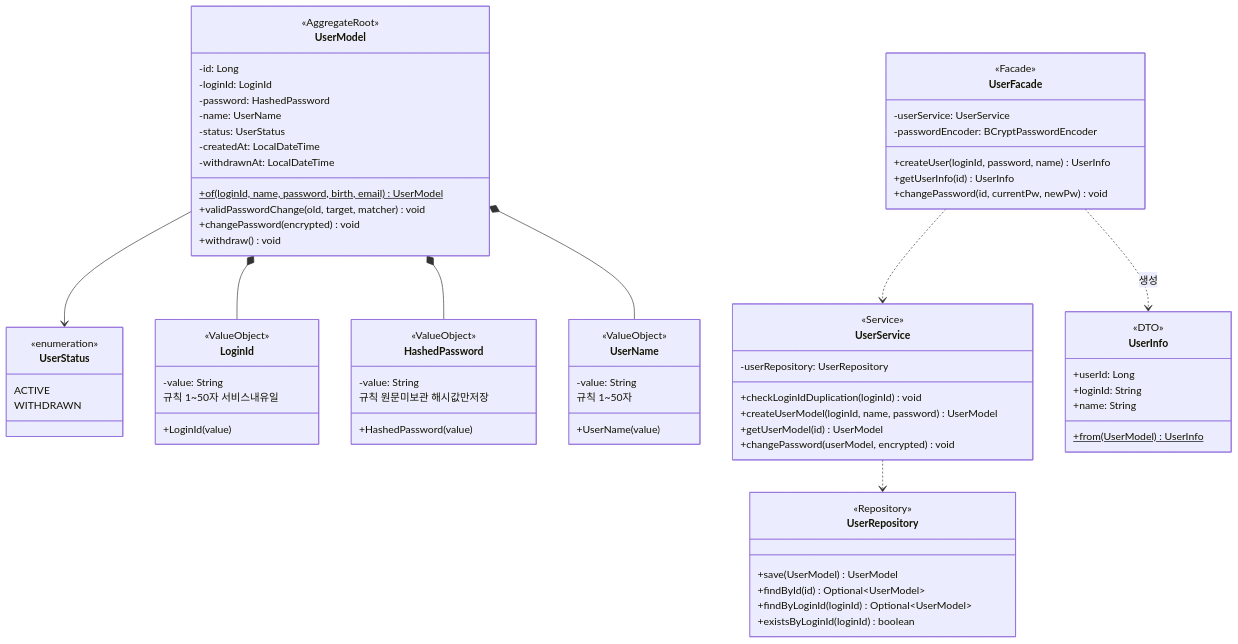
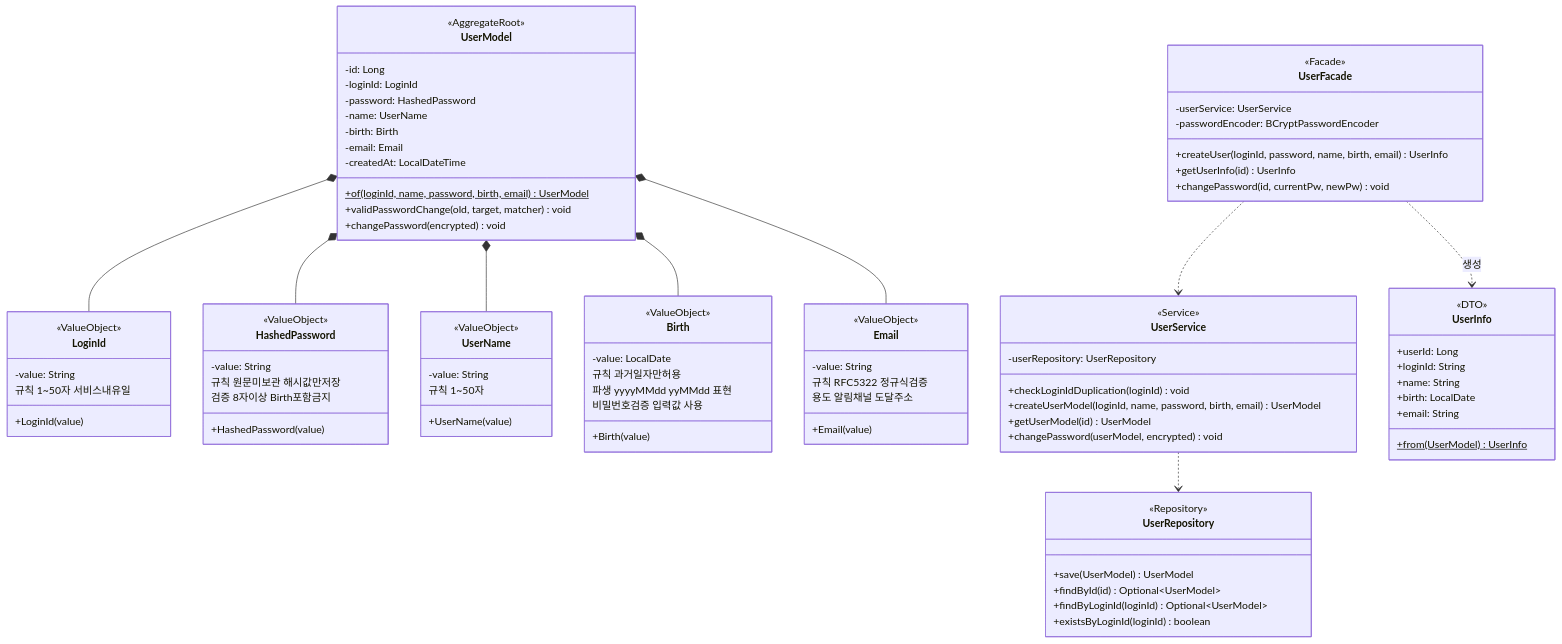
Before and after one commit to loopers-labs/loop-pack-be-l2-vol4-java: the second of 8 diagrams in .docs/design/03-class-diagram.md, drawn with Mermaid. The commit also changed other lines of this file and 8 other files, not shown here.

```diff
--- a/.docs/design/03-class-diagram.md
+++ b/.docs/design/03-class-diagram.md
@@ -84,19 +84,12 @@
         -loginId: LoginId
         -password: HashedPassword
         -name: UserName
-        -status: UserStatus
+        -birth: Birth
+        -email: Email
         -createdAt: LocalDateTime
-        -withdrawnAt: LocalDateTime
         +of(loginId, name, password, birth, email)$ UserModel
         +validPasswordChange(old, target, matcher) void
         +changePassword(encrypted) void
-        +withdraw() void
-    }
-
-    class UserStatus {
-        <<enumeration>>
-        ACTIVE
-        WITHDRAWN
     }
 
     class LoginId {
@@ -111,6 +104,7 @@
         -value: String
         +HashedPassword(value)
         규칙 원문미보관 해시값만저장
+        검증 8자이상 Birth포함금지
     }
 
     class UserName {
@@ -120,11 +114,28 @@
         규칙 1~50자
     }
 
+    class Birth {
+        <<ValueObject>>
+        -value: LocalDate
+        +Birth(value)
+        규칙 과거일자만허용
+        파생 yyyyMMdd yyMMdd 표현
+        비밀번호검증 입력값 사용
+    }
+
+    class Email {
+        <<ValueObject>>
+        -value: String
+        +Email(value)
+        규칙 RFC5322 정규식검증
+        용도 알림채널 도달주소
+    }
+
     class UserService {
         <<Service>>
         -userRepository: UserRepository
         +checkLoginIdDuplication(loginId) void
-        +createUserModel(loginId, name, password) UserModel
+        +createUserModel(loginId, name, password, birth, email) UserModel
         +getUserModel(id) UserModel
         +changePassword(userModel, encrypted) void
     }
@@ -142,7 +153,7 @@
         <<Facade>>
         -userService: UserService
         -passwordEncoder: BCryptPasswordEncoder
-        +createUser(loginId, password, name) UserInfo
+        +createUser(loginId, password, name, birth, email) UserInfo
         +getUserInfo(id) UserInfo
         +changePassword(id, currentPw, newPw) void
     }
@@ -152,13 +163,16 @@
         +userId: Long
         +loginId: String
         +name: String
+        +birth: LocalDate
+        +email: String
         +from(UserModel)$ UserInfo
     }
 
     UserModel *-- LoginId
     UserModel *-- HashedPassword
     UserModel *-- UserName
-    UserModel --> UserStatus
+    UserModel *-- Birth
+    UserModel *-- Email
 
     UserService ..> UserRepository
     UserFacade ..> UserService
```
